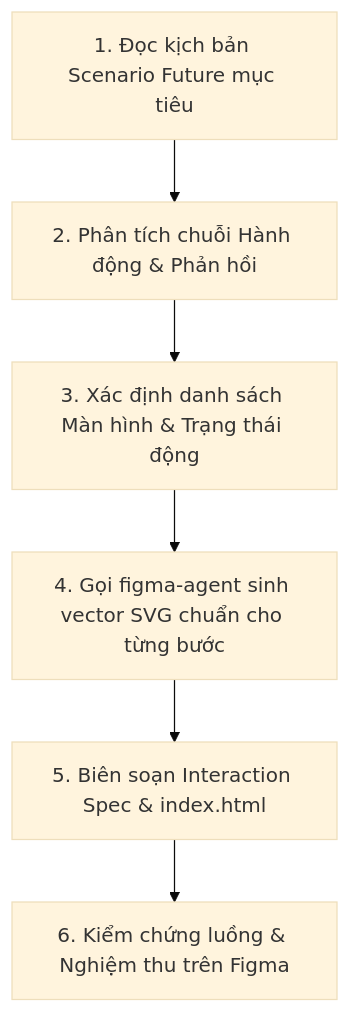
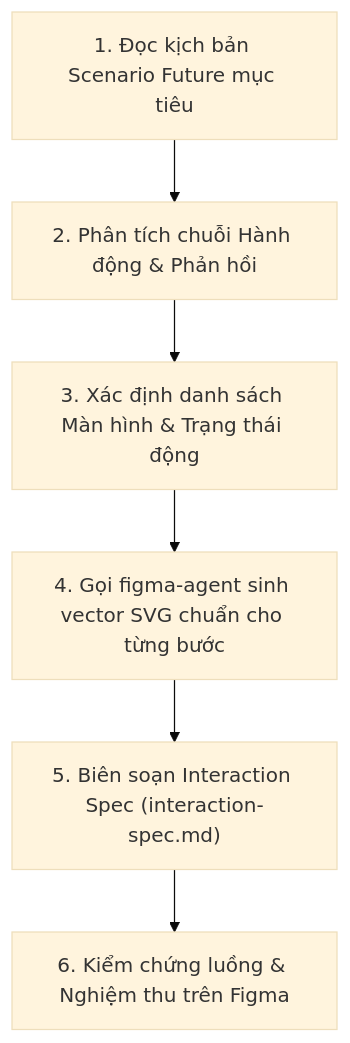
One commit to tinnguyen0706/hci-petcare changed the diagram in skills/prototype-agent/PLAN.md. Above: the diagram before and after it, drawn with Mermaid (base theme). The commit also changed other lines of this file and 11 other files, not shown here.

````diff
--- a/skills/prototype-agent/PLAN.md
+++ b/skills/prototype-agent/PLAN.md
@@ -37,8 +38,8 @@
 ```mermaid
 graph TD
     Step1["1. Đọc kịch bản Scenario Future mục tiêu"] --> Step2["2. Phân tích chuỗi Hành động & Phản hồi"]
     Step2 --> Step3["3. Xác định danh sách Màn hình & Trạng thái động"]
     Step3 --> Step4["4. Gọi figma-agent sinh vector SVG chuẩn cho từng bước"]
-    Step4 --> Step5["5. Biên soạn Interaction Spec & index.html"]
+    Step4 --> Step5["5. Biên soạn Interaction Spec (interaction-spec.md)"]
     Step5 --> Step6["6. Kiểm chứng luồng & Nghiệm thu trên Figma"]
 ```
````
